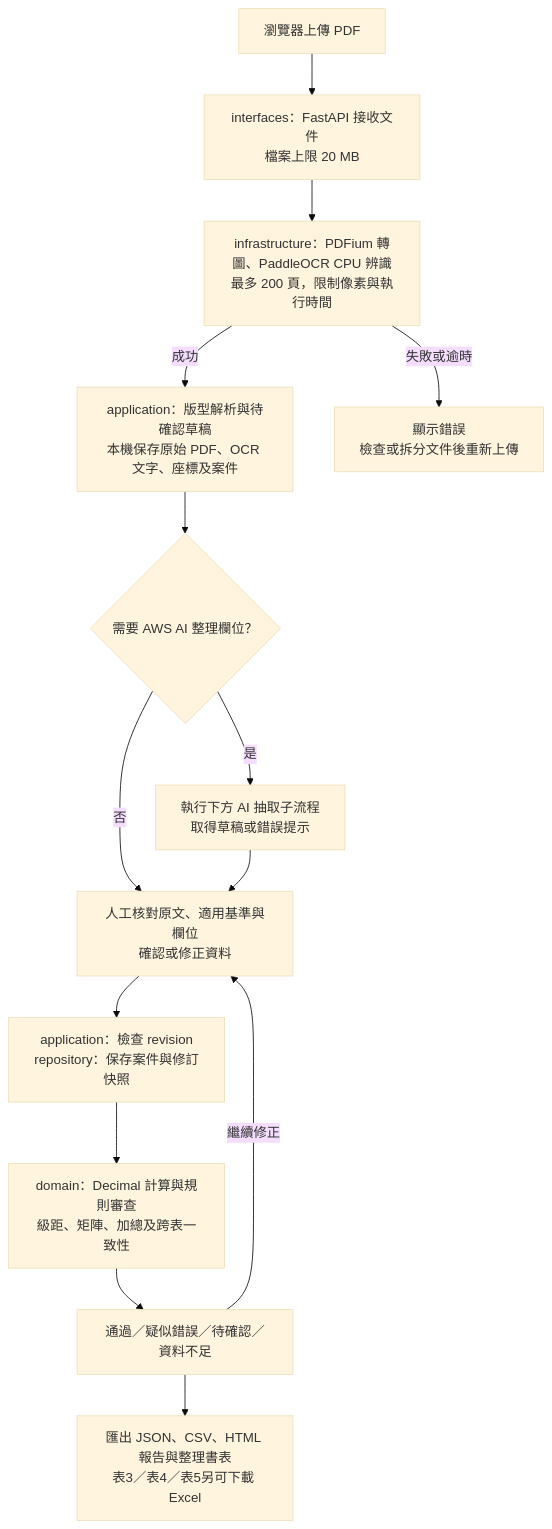
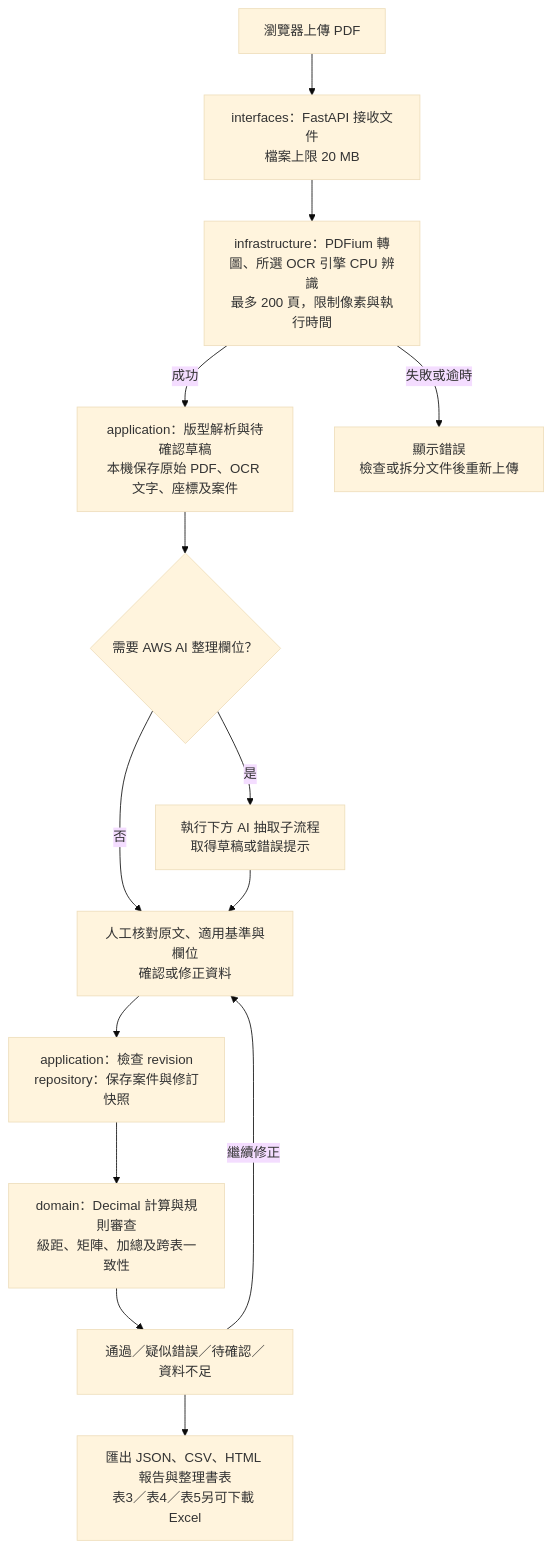
One commit to ChenYi0725/hackathon changed the second of 3 diagrams in README.md. Above: the diagram before and after it, drawn with Mermaid (base theme). The commit also changed other lines of this file and 37 other files, not shown here.

First line of the commit message:
feat(DDD-08): 可切換 CPU OCR 引擎與合成比較驗收 (#20)

````diff
--- a/README.md
+++ b/README.md
@@ -70,16 +70,16 @@
 ```mermaid
 flowchart TB
     UPLOAD["瀏覽器上傳 PDF"] --> HTTP["interfaces：FastAPI 接收文件<br/>檔案上限 20 MB"]
-    HTTP --> OCR["infrastructure：PDFium 轉圖、PaddleOCR CPU 辨識<br/>最多 200 頁，限制像素與執行時間"]
+    HTTP --> OCR["infrastructure：PDFium 轉圖、所選 OCR 引擎 CPU 辨識<br/>最多 200 頁，限制像素與執行時間"]
     OCR -->|成功| DRAFT["application：版型解析與待確認草稿<br/>本機保存原始 PDF、OCR 文字、座標及案件"]
     OCR -->|失敗或逾時| ERROR["顯示錯誤<br/>檢查或拆分文件後重新上傳"]
     DRAFT --> OPTIONAL{"需要 AWS AI 整理欄位？"}
     OPTIONAL -->|否| HUMAN["人工核對原文、適用基準與欄位<br/>確認或修正資料"]
     OPTIONAL -->|是| AI["執行下方 AI 抽取子流程<br/>取得草稿或錯誤提示"]
     AI --> HUMAN
     HUMAN --> SAVE["application：檢查 revision<br/>repository：保存案件與修訂快照"]
     SAVE --> RULES["domain：Decimal 計算與規則審查<br/>級距、矩陣、加總及跨表一致性"]
     RULES --> RESULT["通過／疑似錯誤／待確認／資料不足"]
     RESULT -->|繼續修正| HUMAN
     RESULT --> EXPORT["匯出 JSON、CSV、HTML 報告與整理書表<br/>表3／表4／表5另可下載 Excel"]
 ```
````
